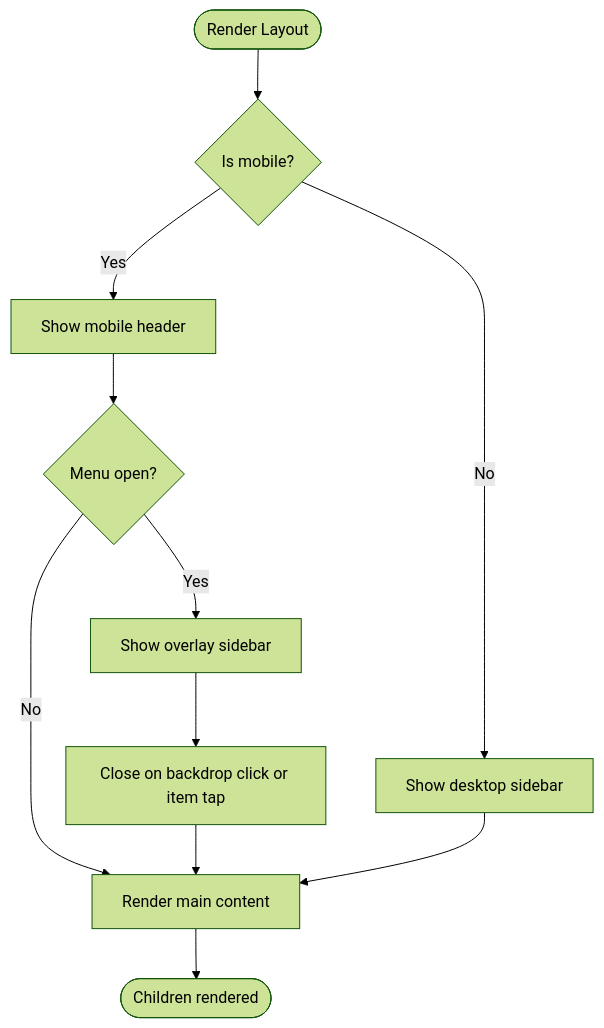
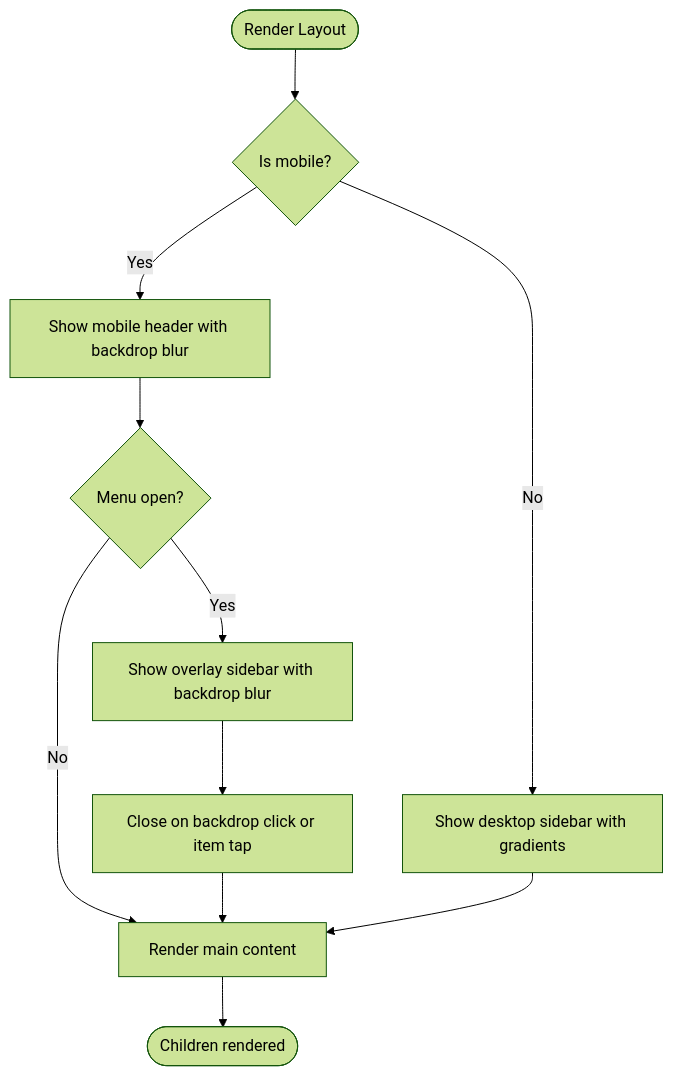
One commit to NaveenHiranya/Smart-Vehicle-Insurance-Claim-System changed the third of 6 diagrams in .qoder/repowiki/en/content/Frontend Documentation/Components Library/Layout Components.md. Above: the diagram before and after it, drawn with Mermaid (forest theme). The commit also changed other lines of this file and 31 other files, not shown here.

````diff
--- a/.qoder/repowiki/en/content/Frontend Documentation/Components Library/Layout Components.md
+++ b/.qoder/repowiki/en/content/Frontend Documentation/Components Library/Layout Components.md
@@ -132,13 +146,13 @@
 ```mermaid
 flowchart TD
 Start(["Render Layout"]) --> DetectMobile{"Is mobile?"}
-DetectMobile --> |Yes| ShowHeader["Show mobile header"]
-DetectMobile --> |No| ShowDesktopSidebar["Show desktop sidebar"]
+DetectMobile --> |Yes| ShowHeader["Show mobile header with backdrop blur"]
+DetectMobile --> |No| ShowDesktopSidebar["Show desktop sidebar with gradients"]
 ShowHeader --> ToggleMenu{"Menu open?"}
-ToggleMenu --> |Yes| Overlay["Show overlay sidebar"]
+ToggleMenu --> |Yes| Overlay["Show overlay sidebar with backdrop blur"]
 ToggleMenu --> |No| MainContent["Render main content"]
 Overlay --> CloseOverlay["Close on backdrop click or item tap"]
 CloseOverlay --> MainContent
 ShowDesktopSidebar --> MainContent
 MainContent --> End(["Children rendered"])
 ```
````
